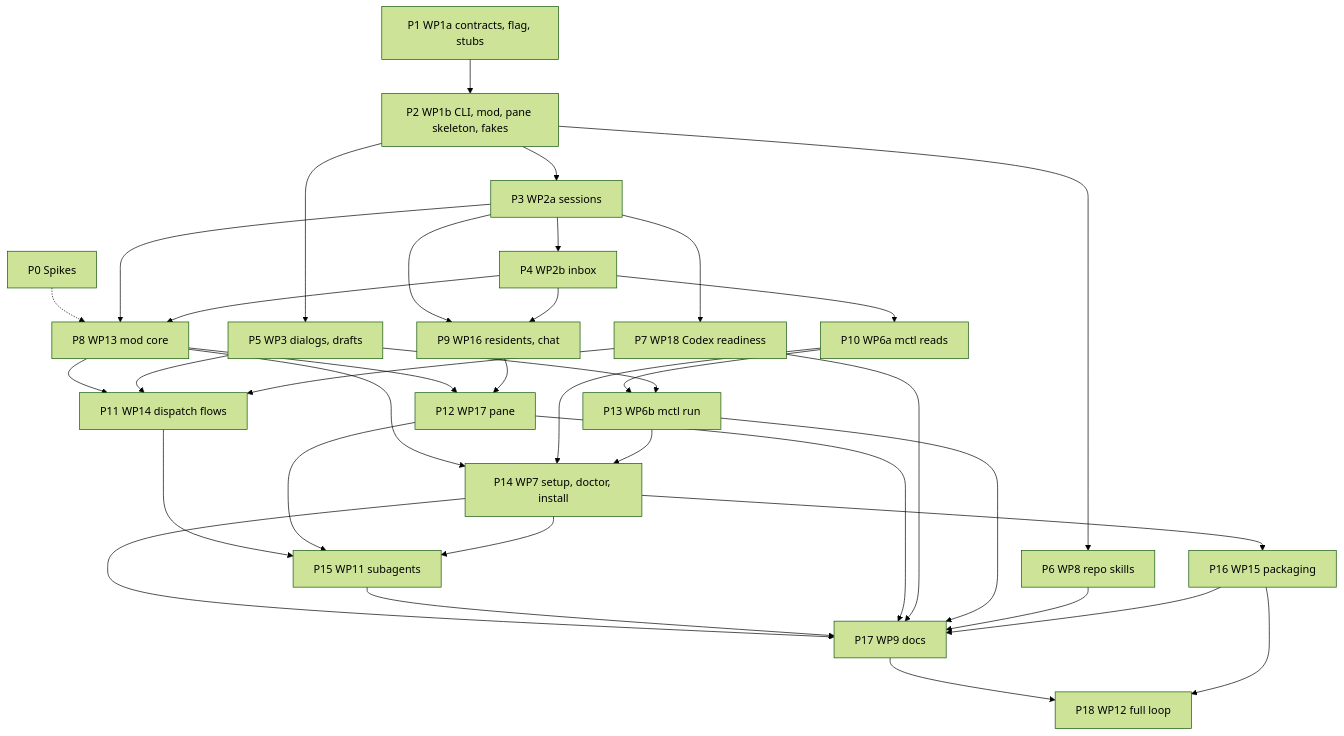
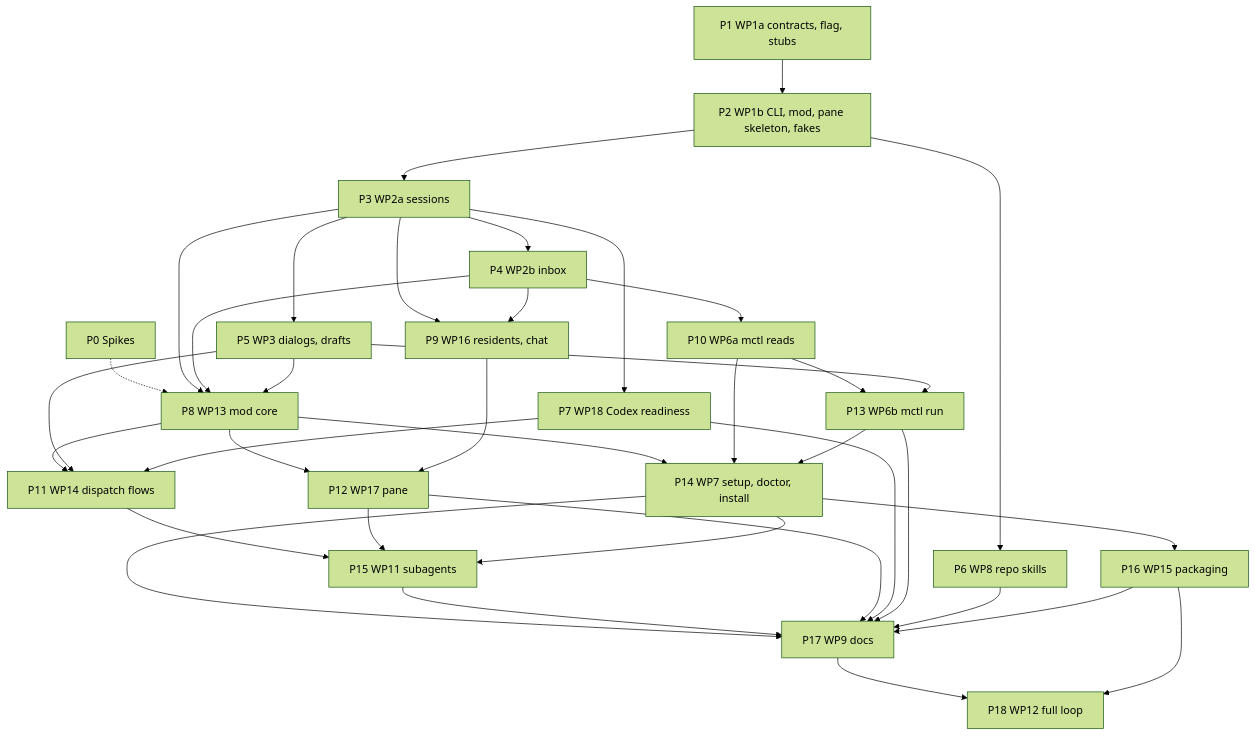
One commit to teamupstart/mission-control changed the third of 3 diagrams in docs/plans/headless-mode-implementation/plan.md. Above: the diagram before and after it, drawn with Mermaid (forest theme). The commit also changed other lines of this file and 9 other files, not shown here.

````diff
--- a/docs/plans/headless-mode-implementation/plan.md
+++ b/docs/plans/headless-mode-implementation/plan.md
@@ -191,38 +194,39 @@
 ```mermaid
 flowchart TD
   P0[P0 Spikes] -.-> P8
   P1[P1 WP1a contracts, flag, stubs] --> P2[P2 WP1b CLI, mod, pane skeleton, fakes]
   P2 --> P3[P3 WP2a sessions]
   P3 --> P4[P4 WP2b inbox]
-  P2 --> P5[P5 WP3 dialogs, drafts]
+  P3 --> P5[P5 WP3 dialogs, drafts]
   P2 --> P6[P6 WP8 repo skills]
   P3 --> P7[P7 WP18 Codex readiness]
   P3 --> P8[P8 WP13 mod core]
   P4 --> P8
+  P5 --> P8
   P3 --> P9[P9 WP16 residents, chat]
   P4 --> P9
   P4 --> P10[P10 WP6a mctl reads]
   P8 --> P11[P11 WP14 dispatch flows]
   P5 --> P11
   P7 --> P11
   P8 --> P12[P12 WP17 pane]
   P9 --> P12
   P10 --> P13[P13 WP6b mctl run]
   P5 --> P13
   P8 --> P14[P14 WP7 setup, doctor, install]
   P10 --> P14
   P13 --> P14
   P11 --> P15[P15 WP11 subagents]
   P12 --> P15
   P14 --> P15
   P14 --> P16[P16 WP15 packaging]
   P14 --> P17[P17 WP9 docs]
   P15 --> P17
   P12 --> P17
   P7 --> P17
   P13 --> P17
   P6 --> P17
   P16 --> P17
   P17 --> P18[P18 WP12 full loop]
   P16 --> P18
 ```
````
